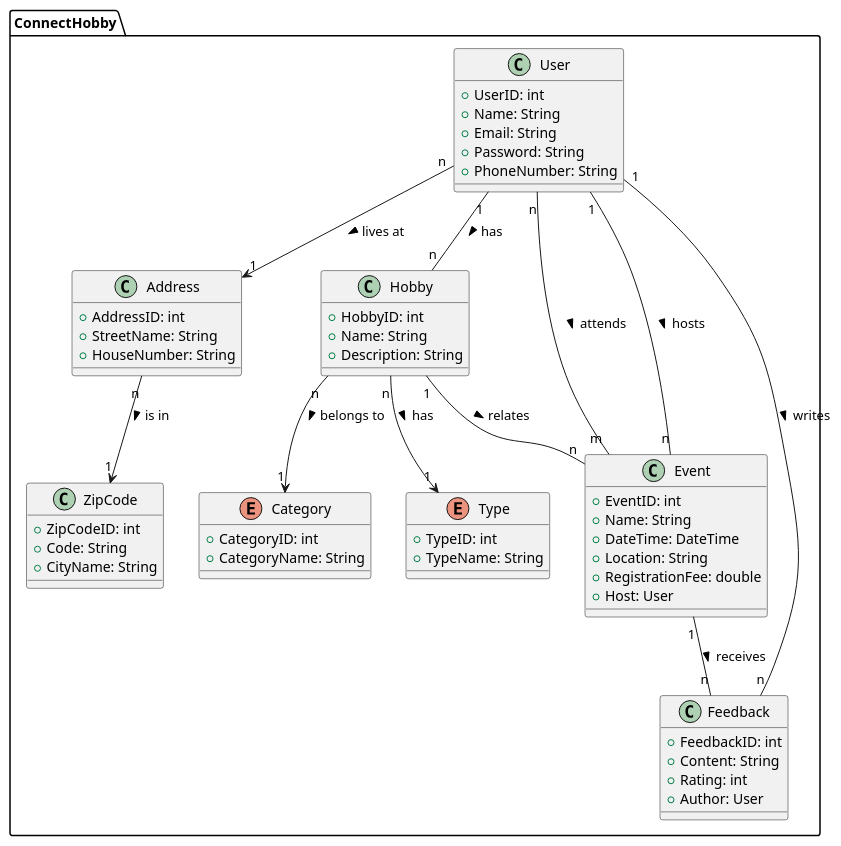
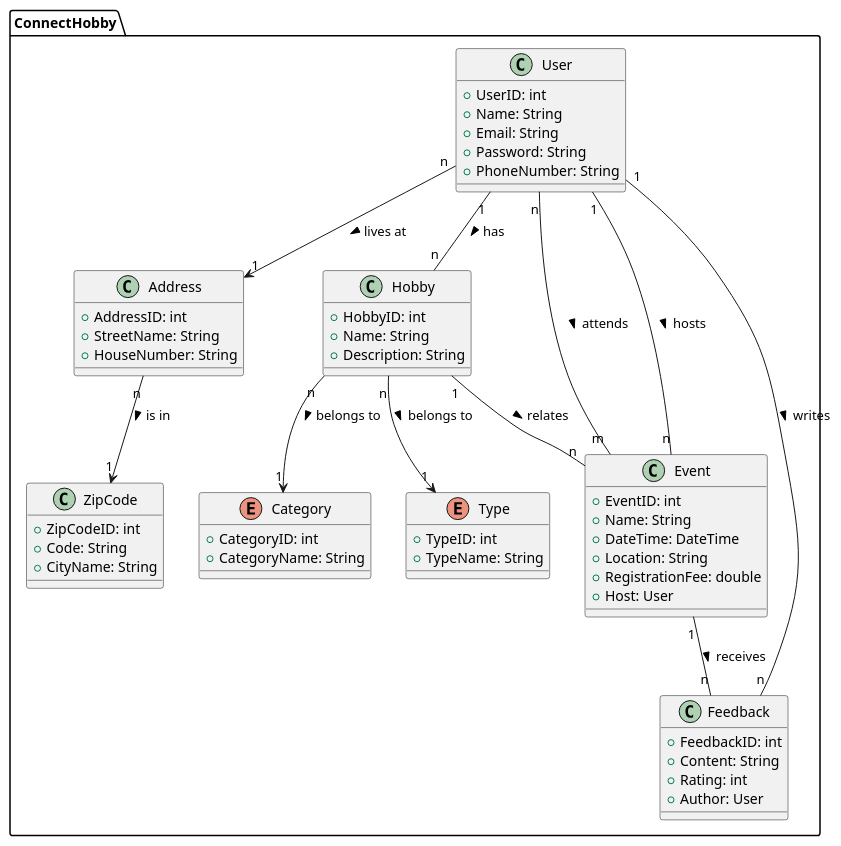
Before and after one commit to Peter537/Dat3-SP1: the diagram in DomainModel.puml, drawn with PlantUML.

Commit message:
Domain model updated

```diff
--- a/DomainModel.puml
+++ b/DomainModel.puml
@@ -1,66 +1,66 @@
 @startuml
 package ConnectHobby {
   class User {
      + UserID: int
      + Name: String
      + Email: String
      + Password: String
      + PhoneNumber: String
   }
 
   class Address {
      + AddressID: int
      + StreetName: String
      + HouseNumber: String
   }
 
   class ZipCode {
      + ZipCodeID: int
      + Code: String
      + CityName: String
   }
 
   class Hobby {
      + HobbyID: int
      + Name: String
      + Description: String
   }
 
   enum Category {
      + CategoryID: int
      + CategoryName: String
   }
 
   enum Type {
      + TypeID: int
      + TypeName: String
   }
 
   class Event {
      + EventID: int
      + Name: String
      + DateTime: DateTime
      + Location: String
      + RegistrationFee: double
      + Host: User
   }
 
   class Feedback {
      + FeedbackID: int
      + Content: String
      + Rating: int
      + Author: User
   }
 
   User "n" --> "1" Address : lives at >
   Address "n" --> "1" ZipCode : is in >
   User "1" -- "n" Hobby : has >
   Hobby "n" --> "1" Category : belongs to >
-  Hobby "n" --> "1" Type : has >
+  Hobby "n" --> "1" Type : belongs to >
   User "n" -- "m" Event : attends >
   User "1" -- "n" Event : hosts >
   Hobby "1" -- "n" Event : relates >
   Event "1" -- "n" Feedback : receives >
   User "1" -- "n" Feedback : writes >
 }
 @enduml
```
